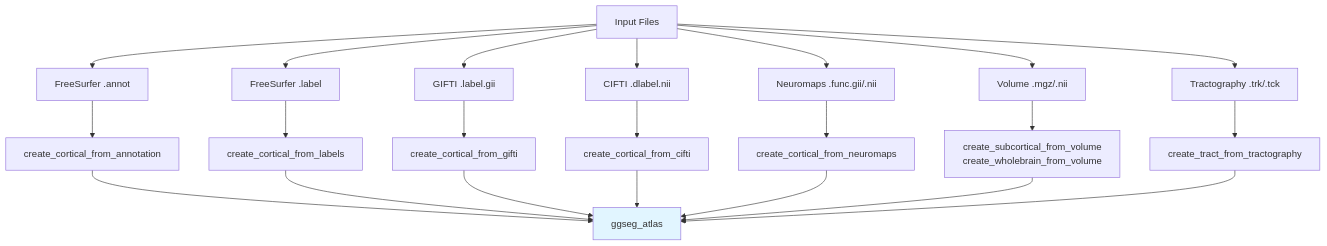
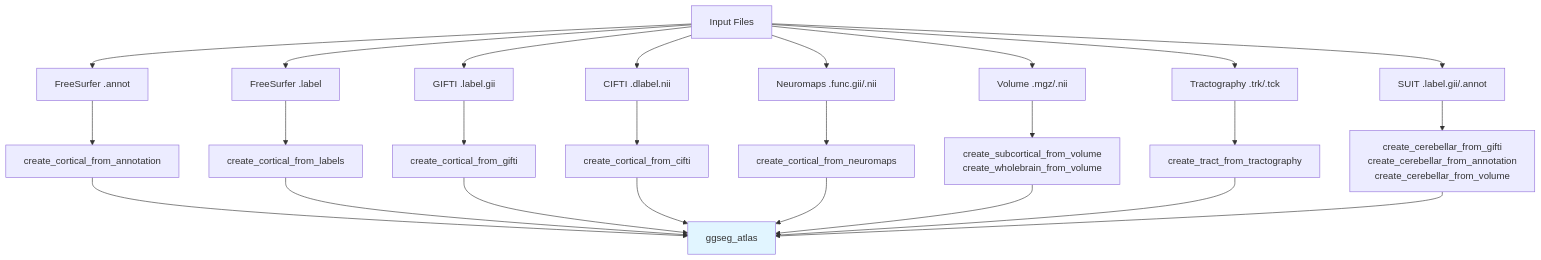
Before and after one commit to ggsegverse/ggseg.extra: the first of 6 diagrams in articles/atlas-workflows.md, drawn with Mermaid. The commit also changed other lines of this file and 132 other files, not shown here.

````diff
--- a/articles/atlas-workflows.md
+++ b/articles/atlas-workflows.md
@@ -24,28 +24,31 @@
 ``` mermaid
 flowchart TB
     A[Input Files] --> B[FreeSurfer .annot]
     A --> C[FreeSurfer .label]
     A --> D[GIFTI .label.gii]
     A --> E[CIFTI .dlabel.nii]
     A --> F[Neuromaps .func.gii/.nii]
     A --> G[Volume .mgz/.nii]
     A --> H[Tractography .trk/.tck]
+    A --> J[SUIT .label.gii/.annot]
 
     B --> B1[create_cortical_from_annotation]
     C --> C1[create_cortical_from_labels]
     D --> D1[create_cortical_from_gifti]
     E --> E1[create_cortical_from_cifti]
     F --> F1[create_cortical_from_neuromaps]
     G --> G1[create_subcortical_from_volume<br/>create_wholebrain_from_volume]
     H --> H1[create_tract_from_tractography]
+    J --> J1[create_cerebellar_from_gifti<br/>create_cerebellar_from_annotation<br/>create_cerebellar_from_volume]
 
     B1 --> I[ggseg_atlas]
     C1 --> I
     D1 --> I
     E1 --> I
     F1 --> I
     G1 --> I
     H1 --> I
+    J1 --> I
 
     style I fill:#e1f5ff
 ```
````
